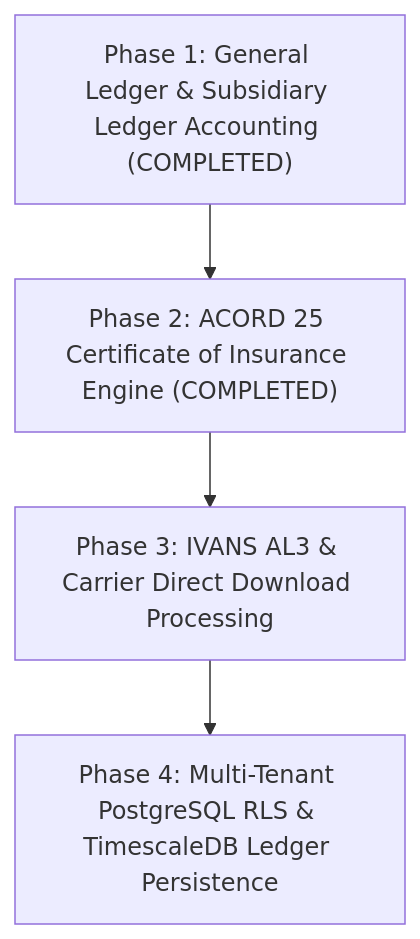
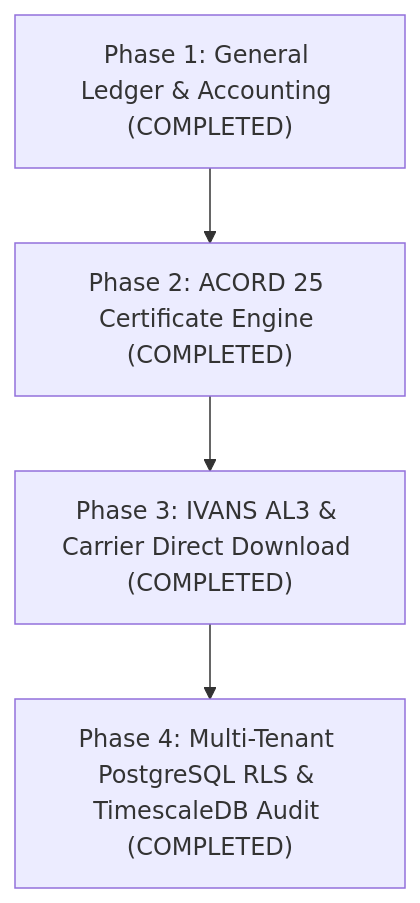
The diagram in ROADMAP.md (bjohnson1279/ams-proto), drawn with Mermaid before and after one commit. The commit also changed other lines of this file and 19 other files, not shown here.

Commit message:
Update Roadmap for Phase 3 and completed Phase 4 features, including AL3 parser support for various formats, auto-reconciliation engine enhancements, direct GL commission posting, and expanded test suite.

````diff
--- a/ROADMAP.md
+++ b/ROADMAP.md
@@ -9,6 +9,6 @@
 ```mermaid
 graph TD
-    Phase1["Phase 1: General Ledger & Subsidiary Ledger Accounting (COMPLETED)"] --> Phase2["Phase 2: ACORD 25 Certificate of Insurance Engine (COMPLETED)"]
-    Phase2 --> Phase3["Phase 3: IVANS AL3 & Carrier Direct Download Processing"]
-    Phase3 --> Phase4["Phase 4: Multi-Tenant PostgreSQL RLS & TimescaleDB Ledger Persistence"]
+    Phase1["Phase 1: General Ledger & Accounting (COMPLETED)"] --> Phase2["Phase 2: ACORD 25 Certificate Engine (COMPLETED)"]
+    Phase2 --> Phase3["Phase 3: IVANS AL3 & Carrier Direct Download (COMPLETED)"]
+    Phase3 --> Phase4["Phase 4: Multi-Tenant PostgreSQL RLS & TimescaleDB Audit (COMPLETED)"]
 ```
````
